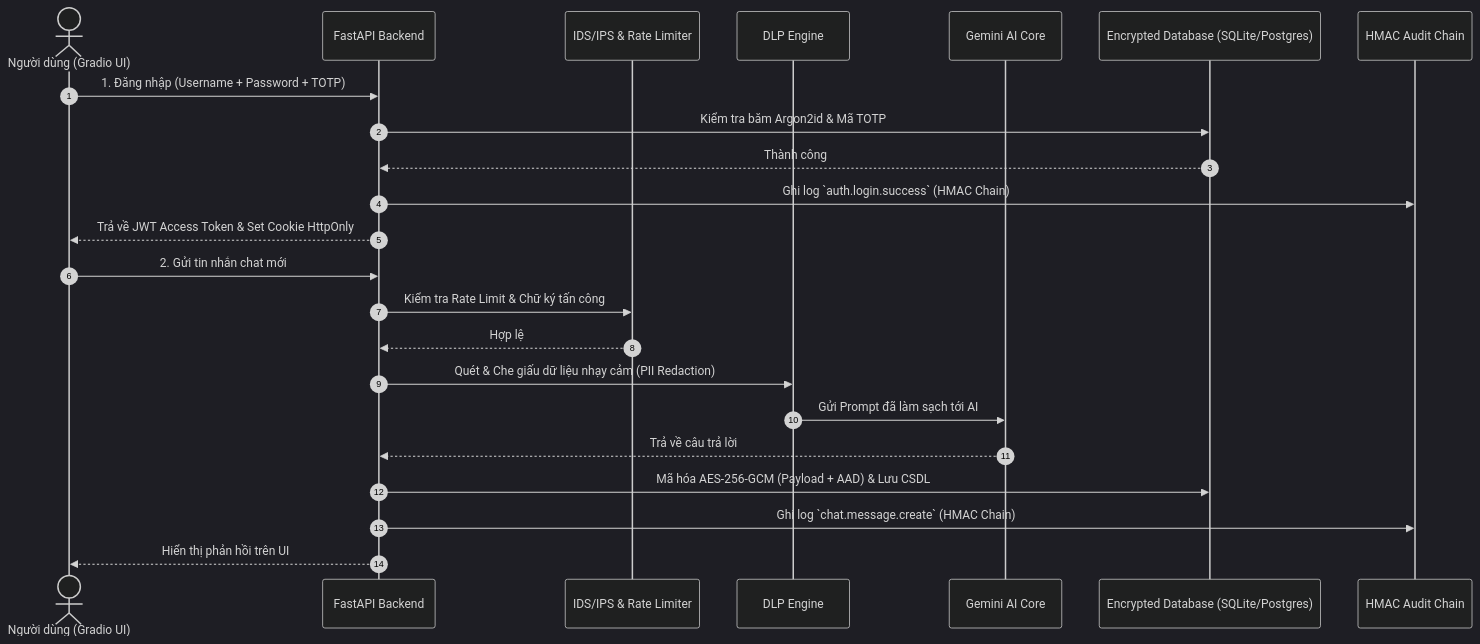
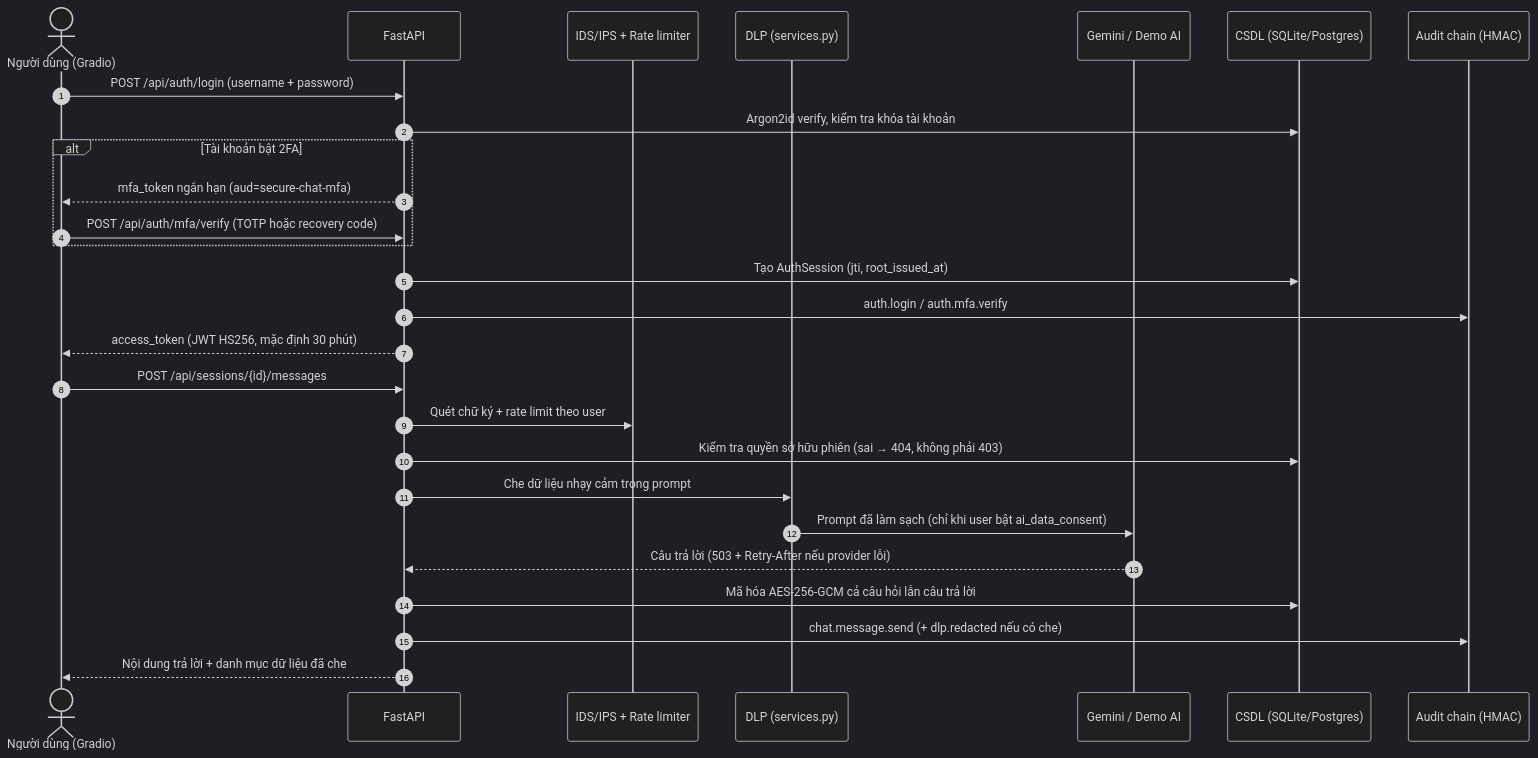
Before and after one commit to nguyentuanthien2384/Secure_Conversational_Application_Platform: the diagram in README.md, drawn with Mermaid (dark theme). The commit also changed other lines of this file and 8 other files, not shown here.

````diff
--- a/README.md
+++ b/README.md
@@ -161,27 +116,31 @@
 ```mermaid
 sequenceDiagram
     autonumber
-    actor User as Người dùng (Gradio UI)
-    participant API as FastAPI Backend
-    participant IDS as IDS/IPS & Rate Limiter
-    participant DLP as DLP Engine
-    participant AI as Gemini AI Core
-    participant DB as Encrypted Database (SQLite/Postgres)
-    participant Audit as HMAC Audit Chain
+    actor U as Người dùng (Gradio)
+    participant API as FastAPI
+    participant IDS as IDS/IPS + Rate limiter
+    participant DLP as DLP (services.py)
+    participant AI as Gemini / Demo AI
+    participant DB as CSDL (SQLite/Postgres)
+    participant AUD as Audit chain (HMAC)
 
-    User->>API: 1. Đăng nhập (Username + Password + TOTP)
-    API->>DB: Kiểm tra băm Argon2id & Mã TOTP
-    DB-->>API: Thành công
-    API->>Audit: Ghi log `auth.login.success` (HMAC Chain)
-    API-->>User: Trả về JWT Access Token & Set Cookie HttpOnly
+    U->>API: POST /api/auth/login (username + password)
+    API->>DB: Argon2id verify, kiểm tra khóa tài khoản
+    alt Tài khoản bật 2FA
+        API-->>U: mfa_token ngắn hạn (aud=secure-chat-mfa)
+        U->>API: POST /api/auth/mfa/verify (TOTP hoặc recovery code)
+    end
+    API->>DB: Tạo AuthSession (jti, root_issued_at)
+    API->>AUD: auth.login / auth.mfa.verify
+    API-->>U: access_token (JWT HS256, mặc định 30 phút)
 
-    User->>API: 2. Gửi tin nhắn chat mới
-    API->>IDS: Kiểm tra Rate Limit & Chữ ký tấn công
-    IDS-->>API: Hợp lệ
-    API->>DLP: Quét & Che giấu dữ liệu nhạy cảm (PII Redaction)
-    DLP->>AI: Gửi Prompt đã làm sạch tới AI
-    AI-->>API: Trả về câu trả lời
-    API->>DB: Mã hóa AES-256-GCM (Payload + AAD) & Lưu CSDL
-    API->>Audit: Ghi log `chat.message.create` (HMAC Chain)
-    API-->>User: Hiển thị phản hồi trên UI
+    U->>API: POST /api/sessions/{id}/messages
+    API->>IDS: Quét chữ ký + rate limit theo user
+    API->>DB: Kiểm tra quyền sở hữu phiên (sai → 404, không phải 403)
+    API->>DLP: Che dữ liệu nhạy cảm trong prompt
+    DLP->>AI: Prompt đã làm sạch (chỉ khi user bật ai_data_consent)
+    AI-->>API: Câu trả lời (503 + Retry-After nếu provider lỗi)
+    API->>DB: Mã hóa AES-256-GCM cả câu hỏi lẫn câu trả lời
+    API->>AUD: chat.message.send (+ dlp.redacted nếu có che)
+    API-->>U: Nội dung trả lời + danh mục dữ liệu đã che
 ```
````
